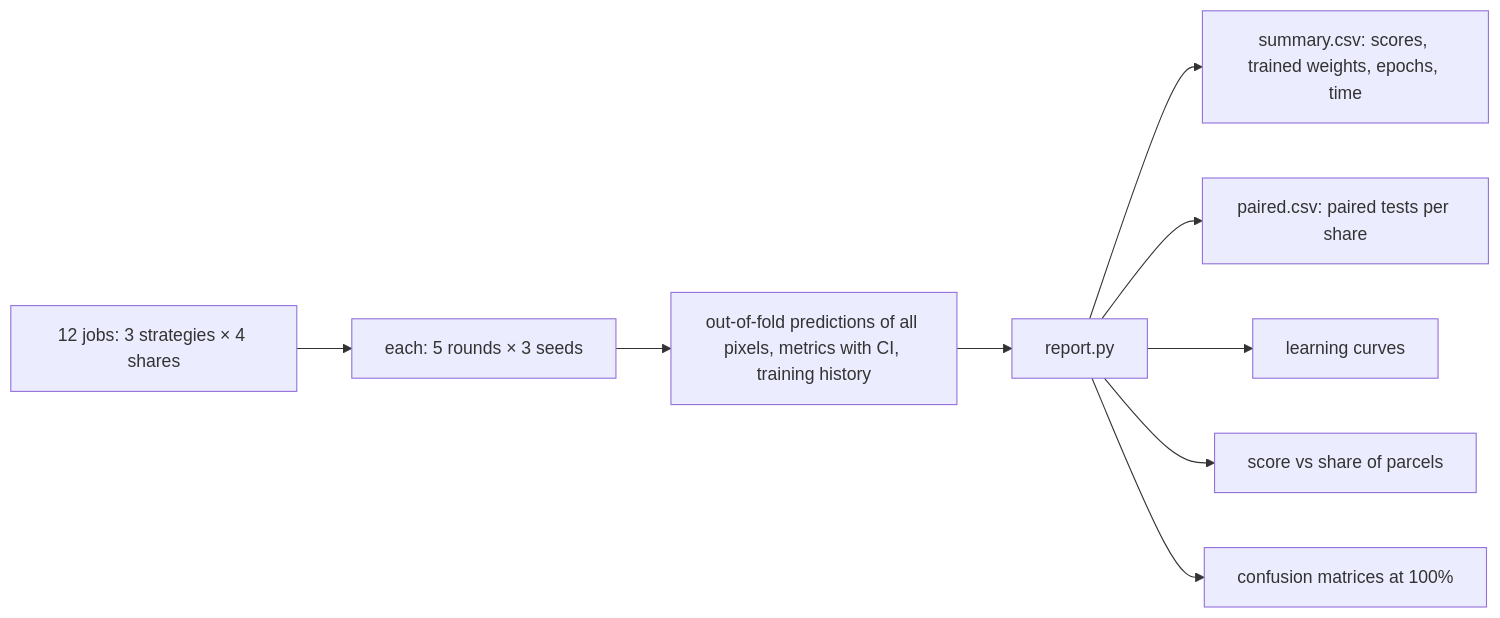
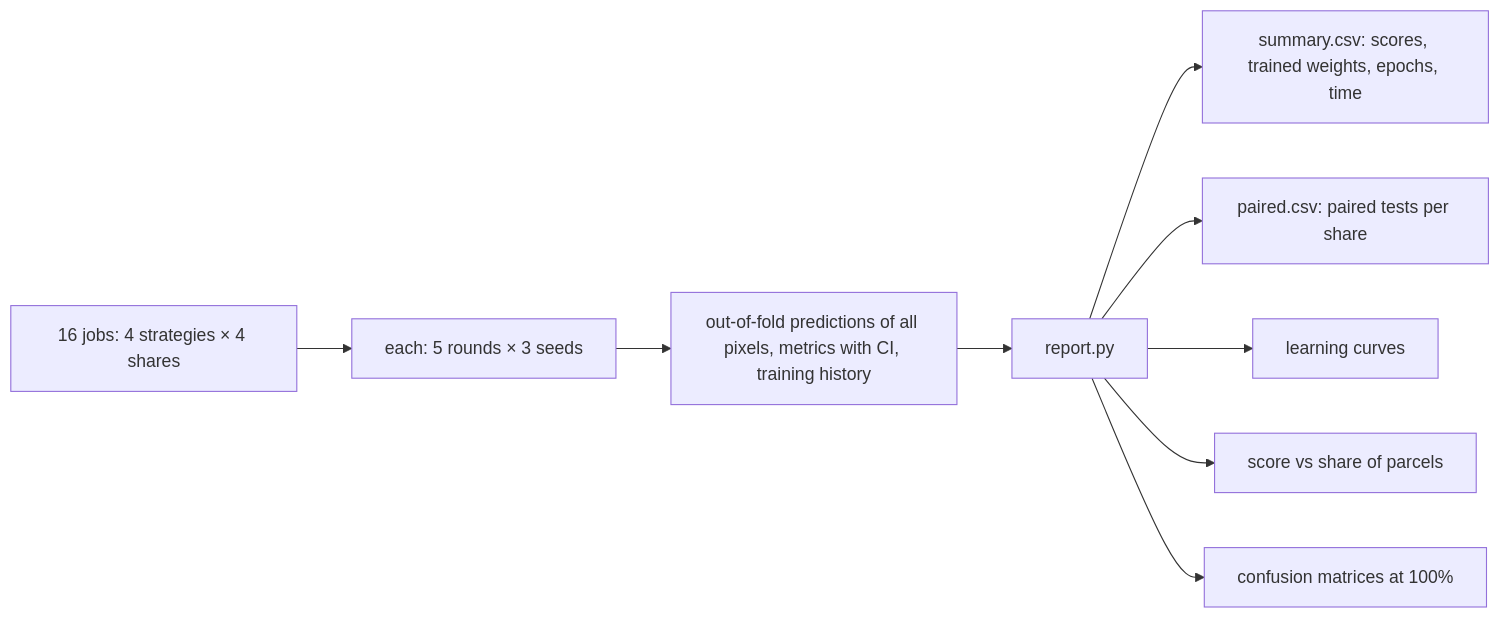
One commit to amanchry/irrimapping-geofm changed the fourth of 4 diagrams in docs/experiments/E05_prithvi_strategies.md. Above: the diagram before and after it, drawn with Mermaid. The commit also changed other lines of this file and 56 other files, not shown here.

````diff
--- a/docs/experiments/E05_prithvi_strategies.md
+++ b/docs/experiments/E05_prithvi_strategies.md
@@ -156,11 +172,11 @@
 ```mermaid
 flowchart LR
-    J["12 jobs: 3 strategies × 4 shares"] --> R["each: 5 rounds × 3 seeds"]
+    J["16 jobs: 4 strategies × 4 shares"] --> R["each: 5 rounds × 3 seeds"]
     R --> O["out-of-fold predictions of all pixels, metrics with CI, training history"]
     O --> S["report.py"]
     S --> T1["summary.csv: scores, trained weights, epochs, time"]
     S --> T2["paired.csv: paired tests per share"]
     S --> F1["learning curves"]
     S --> F2["score vs share of parcels"]
     S --> F3["confusion matrices at 100%"]
 ```
````
